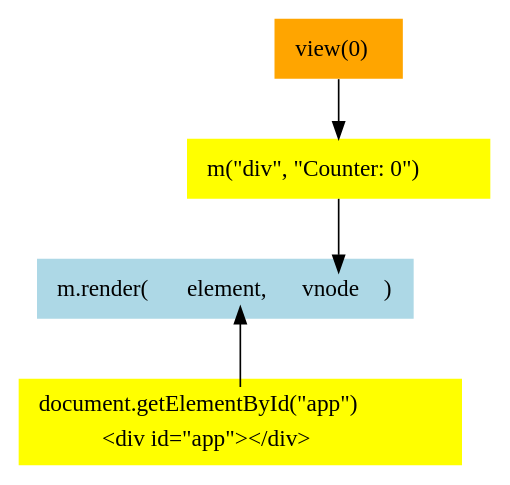
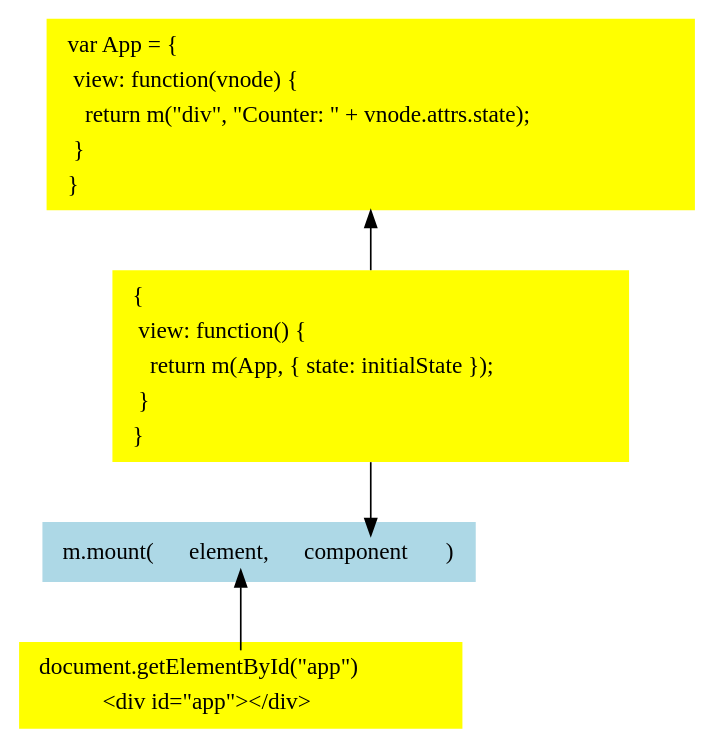
Before and after one commit to foxdonut/meiosis: the diagram in tutorial/images/02-view-function-01.dot, drawn with Graphviz. The commit also changed 31 other files, not shown here.

```diff
--- a/tutorial/images/02-view-function-01.dot
+++ b/tutorial/images/02-view-function-01.dot
@@ -1,43 +1,67 @@
 digraph meiosistutorial {
-  mrender [shape="plaintext", style="filled", fillcolor="lightblue", label=<
+  mmount [shape="plaintext", style="filled", fillcolor="lightblue", label=<
     <table border="0">
       <tr>
-        <td>m.render(</td>
+        <td>m.mount(</td>
         <td port="element">element,</td>
-        <td port="vnode">vnode</td>
+        <td port="component">component</td>
         <td>)</td>
       </tr>
     </table>
   >]
 
   element [shape="plaintext", style="filled", fillcolor="yellow", label=<
     <table border="0">
       <tr>
         <td port="app">document.getElementById("app")</td>
       </tr>
       <tr>
         <td>&lt;div id="app"&gt;&lt;/div&gt;</td>
       </tr>
     </table>
   >]
 
   view [shape="plaintext", style="filled", fillcolor="yellow", label=<
     <table border="0">
       <tr>
-        <td>m("div", "Counter: 0")</td>
+        <td port="mview" align="left">{</td>
+      </tr>
+      <tr>
+        <td align="left">  view: function() { </td>
+      </tr>
+      <tr>
+        <td align="left">    return m(App, { state: initialState });</td>
+      </tr>
+      <tr>
+        <td align="left">  }</td>
+      </tr>
+      <tr>
+        <td align="left">}</td>
       </tr>
     </table>
   >]
 
-  vfunction [shape="plaintext", style="filled", fillcolor="orange", label=<
+  vfunction [shape="plaintext", style="filled", fillcolor="yellow", label=<
     <table border="0">
       <tr>
-        <td>view(0)</td>
+        <td port="mview" align="left">var App = {</td>
+      </tr>
+      <tr>
+        <td align="left">  view: function(vnode) { </td>
+      </tr>
+      <tr>
+        <td align="left">    return m("div", "Counter: " + vnode.attrs.state);</td>
+      </tr>
+      <tr>
+        <td align="left">  }</td>
+      </tr>
+      <tr>
+        <td align="left">}</td>
       </tr>
     </table>
   >]
 
-  mrender:element -> element:app [dir="back"]
-  view -> mrender:vnode
-  vfunction -> view
+  mmount:element -> element:app [dir="back"]
+  view -> mmount:component
+  vfunction -> view [dir="back"]
 }
```
